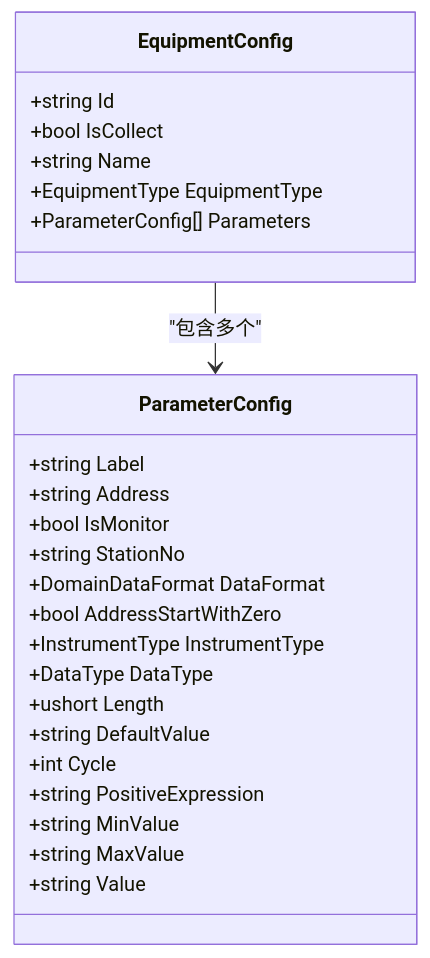
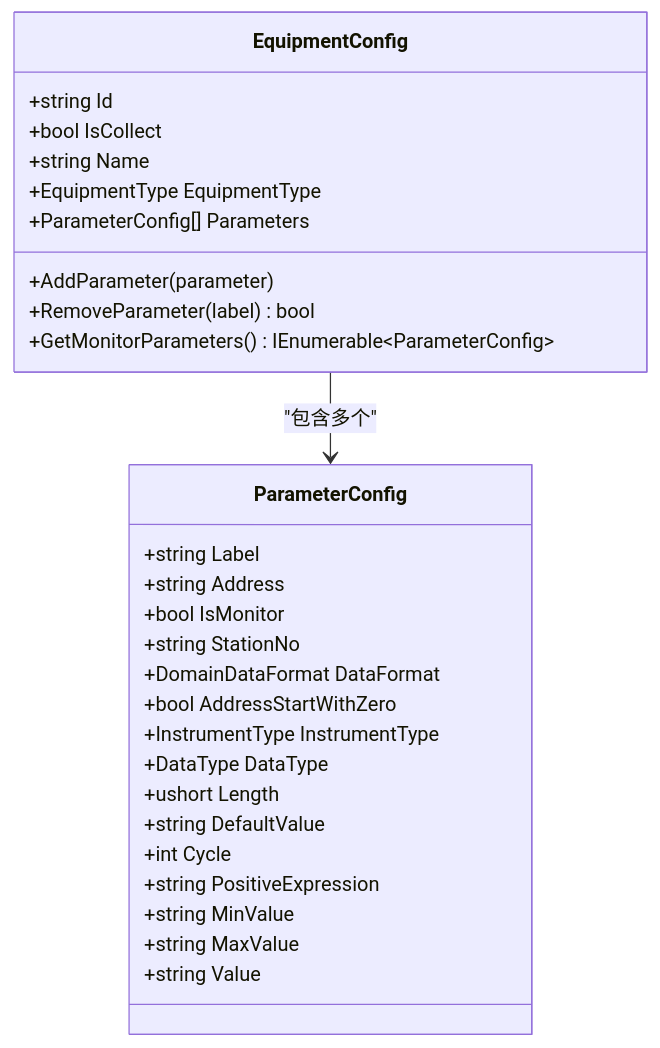
The third of 9 diagrams in .qoder/repowiki/zh/content/领域模型设计/设备配置模型.md (whitemousetl/IndustrialDataSolution), drawn with Mermaid before and after one commit. The commit also changed other lines of this file and 18 other files, not shown here.

````diff
--- a/.qoder/repowiki/zh/content/领域模型设计/设备配置模型.md
+++ b/.qoder/repowiki/zh/content/领域模型设计/设备配置模型.md
@@ -168,28 +179,31 @@
 ```mermaid
 classDiagram
 class EquipmentConfig {
 +string Id
 +bool IsCollect
 +string Name
 +EquipmentType EquipmentType
 +ParameterConfig[] Parameters
++AddParameter(parameter)
++RemoveParameter(label) bool
++GetMonitorParameters() IEnumerable~ParameterConfig~
 }
 class ParameterConfig {
 +string Label
 +string Address
 +bool IsMonitor
 +string StationNo
 +DomainDataFormat DataFormat
 +bool AddressStartWithZero
 +InstrumentType InstrumentType
 +DataType DataType
 +ushort Length
 +string DefaultValue
 +int Cycle
 +string PositiveExpression
 +string MinValue
 +string MaxValue
 +string Value
 }
 EquipmentConfig --> ParameterConfig : "包含多个"
 ```
````
